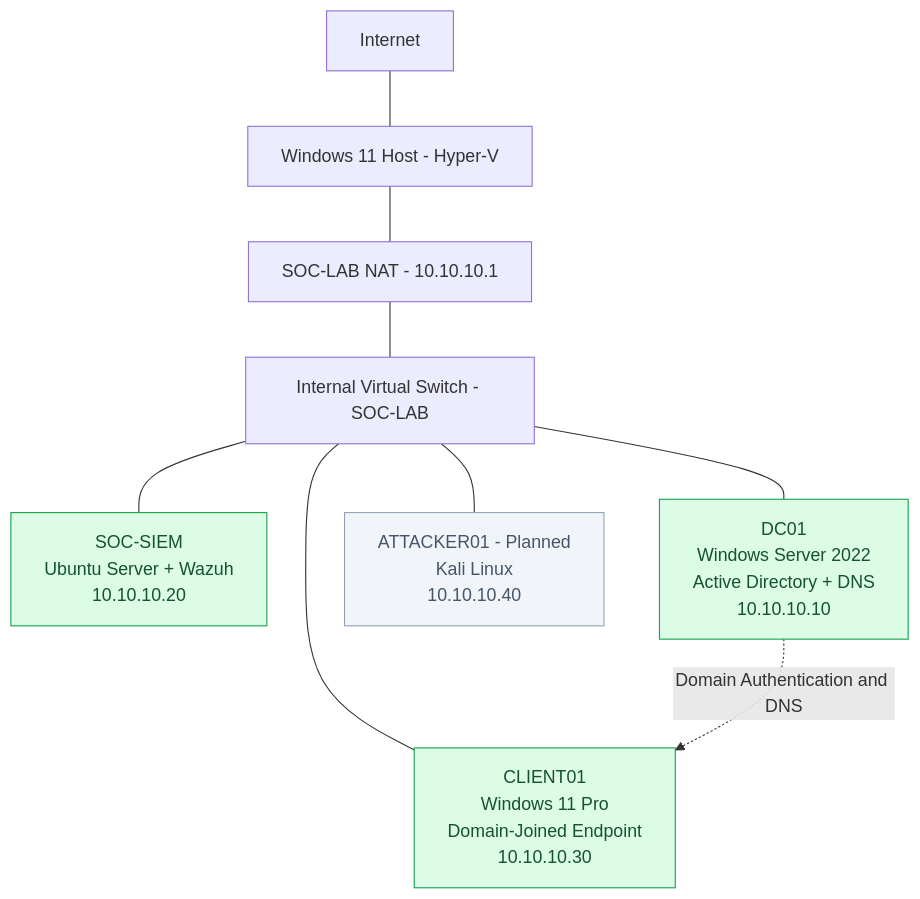
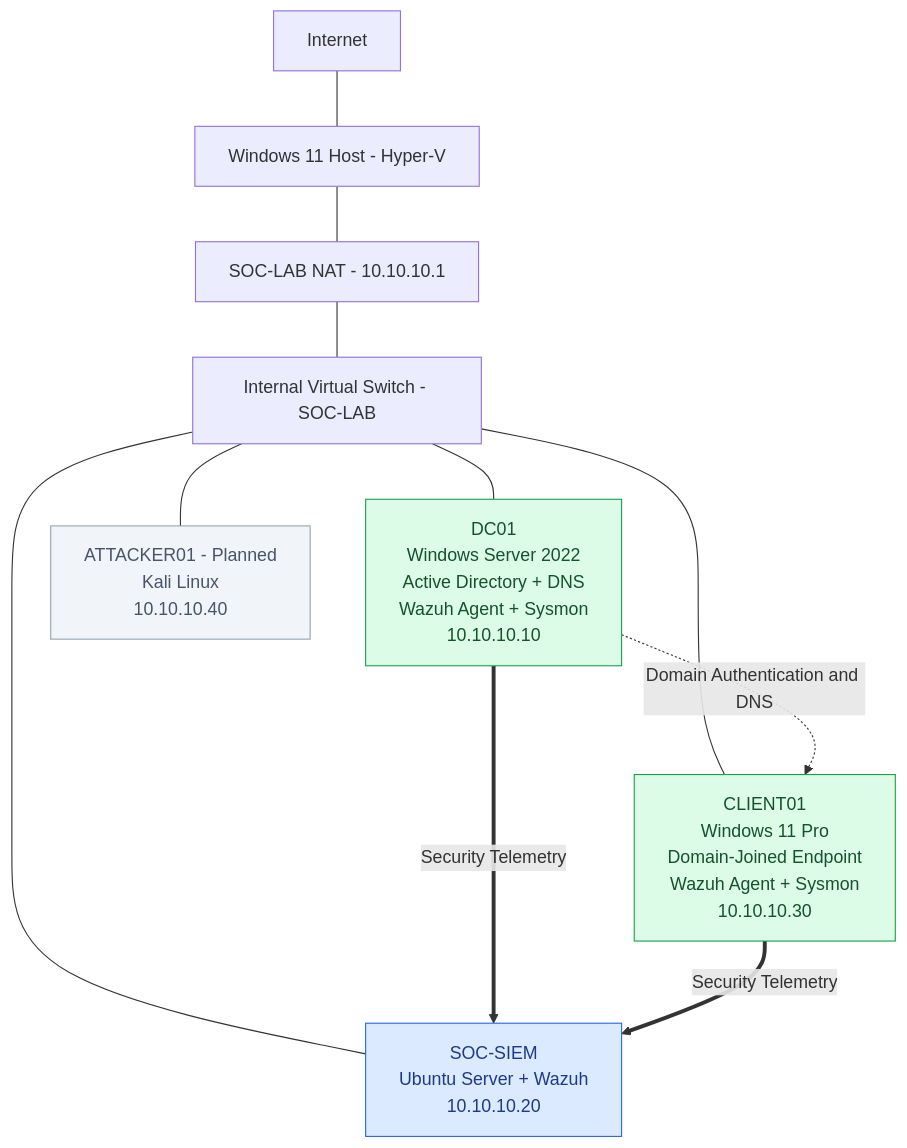
The diagram in README.md (ImZeek/SOC-Homelab), drawn with Mermaid before and after one commit. The commit also changed other lines of this file, not shown here.

````diff
--- a/README.md
+++ b/README.md
@@ -42,24 +52,28 @@
 ```mermaid
 flowchart TD
     INTERNET[Internet]
     HOST[Windows 11 Host - Hyper-V]
     NAT[SOC-LAB NAT - 10.10.10.1]
     SWITCH[Internal Virtual Switch - SOC-LAB]
 
     INTERNET --- HOST
     HOST --- NAT
     NAT --- SWITCH
 
     SWITCH --- SIEM["SOC-SIEM<br/>Ubuntu Server + Wazuh<br/>10.10.10.20"]
-    SWITCH --- DC["DC01<br/>Windows Server 2022<br/>Active Directory + DNS<br/>10.10.10.10"]
-    SWITCH --- CLIENT["CLIENT01<br/>Windows 11 Pro<br/>Domain-Joined Endpoint<br/>10.10.10.30"]
+    SWITCH --- DC["DC01<br/>Windows Server 2022<br/>Active Directory + DNS<br/>Wazuh Agent + Sysmon<br/>10.10.10.10"]
+    SWITCH --- CLIENT["CLIENT01<br/>Windows 11 Pro<br/>Domain-Joined Endpoint<br/>Wazuh Agent + Sysmon<br/>10.10.10.30"]
     SWITCH --- KALI["ATTACKER01 - Planned<br/>Kali Linux<br/>10.10.10.40"]
 
     DC -.->|Domain Authentication and DNS| CLIENT
+    DC ==>|Security Telemetry| SIEM
+    CLIENT ==>|Security Telemetry| SIEM
 
     classDef operational fill:#dcfce7,stroke:#16a34a,color:#14532d
+    classDef monitoring fill:#dbeafe,stroke:#2563eb,color:#1e3a8a
     classDef planned fill:#f1f5f9,stroke:#94a3b8,color:#475569
 
-    class SIEM,DC,CLIENT operational
+    class DC,CLIENT operational
+    class SIEM monitoring
     class KALI planned
 ```
````
